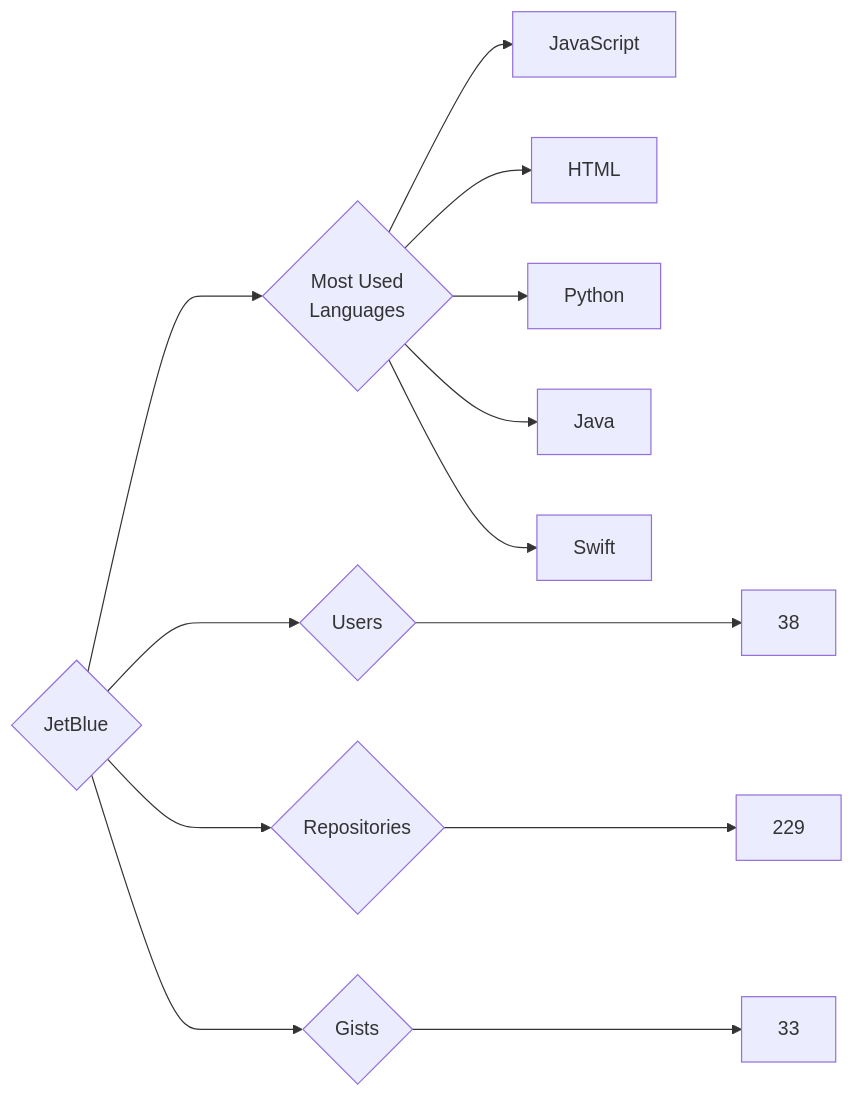
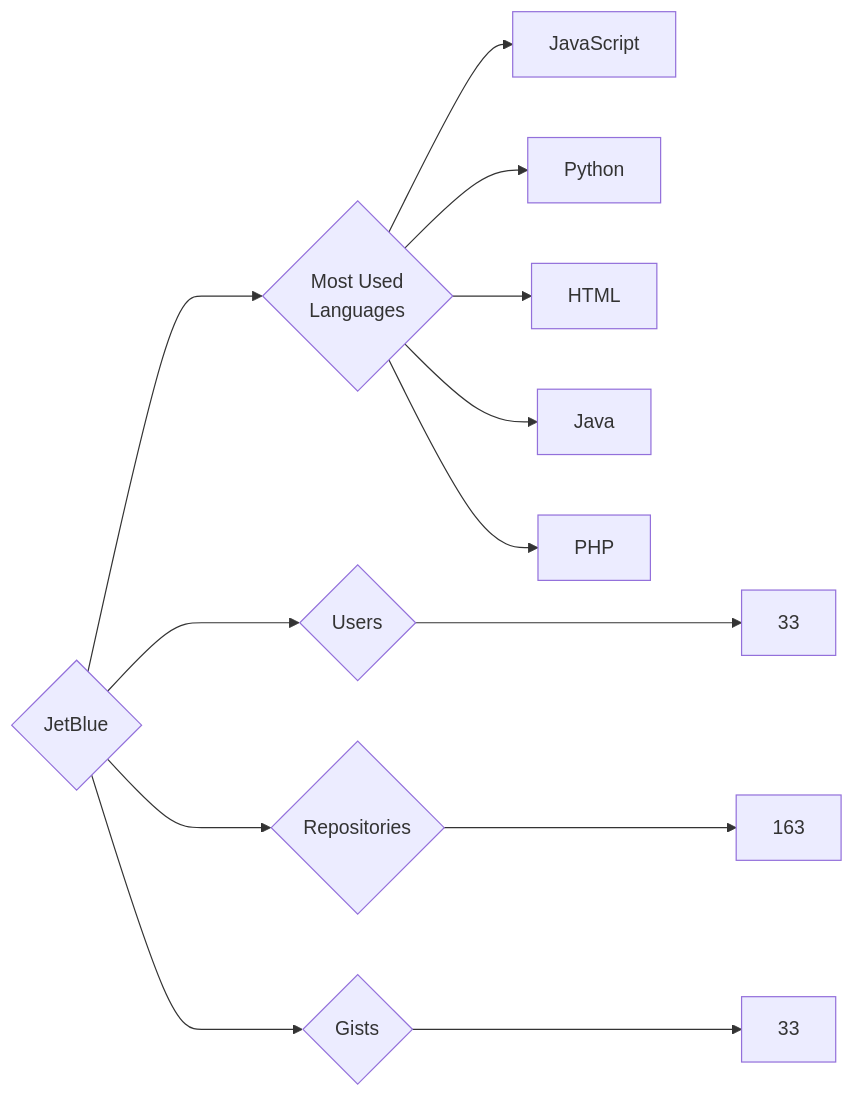
Before and after one commit to trickest/insiders: the diagram in targets/JetBlue/README.md, drawn with Mermaid. The commit also changed 681 other files, not shown here.

````diff
--- a/targets/JetBlue/README.md
+++ b/targets/JetBlue/README.md
@@ -3,13 +3,13 @@
 ```mermaid
 graph LR
 COMPANY_NAME{JetBlue}
-COMPANY_NAME ---> U{Users} ---> UN[38]
-COMPANY_NAME ---> R{Repositories} ---> RN[229]
+COMPANY_NAME ---> U{Users} ---> UN[33]
+COMPANY_NAME ---> R{Repositories} ---> RN[163]
 COMPANY_NAME ---> G{Gists} ---> GN[33]
 COMPANY_NAME ---> ML{Most Used<br>Languages}
 ML --> JavaScript[JavaScript]
+ML --> Python[Python]
 ML --> HTML[HTML]
-ML --> Python[Python]
 ML --> Java[Java]
-ML --> Swift[Swift]
+ML --> PHP[PHP]
 ```
````
